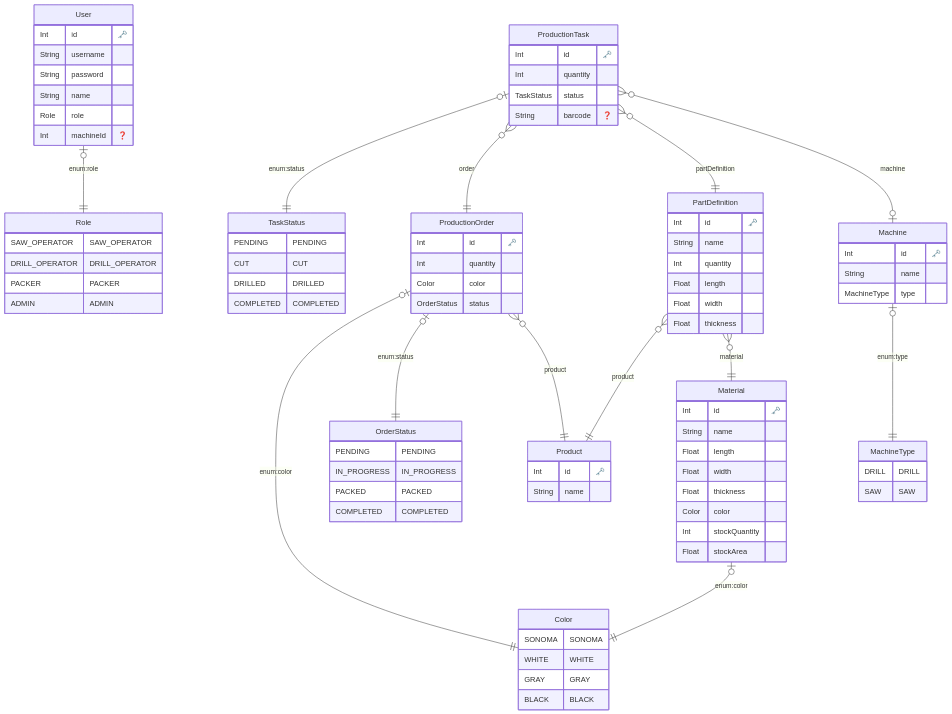
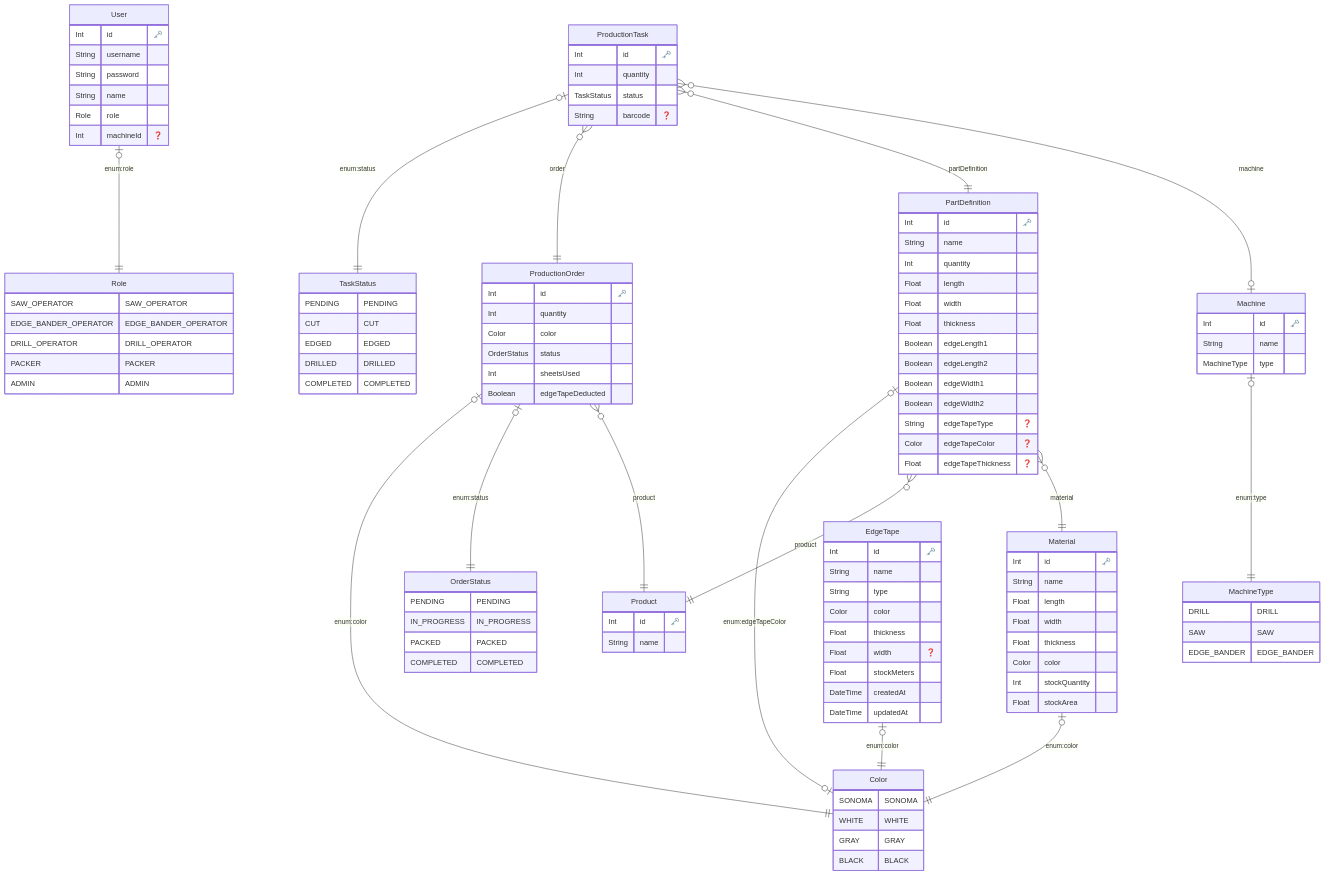
One commit to sdmati/carpenterERP changed the diagram in prisma/ERD.md. Above: the diagram before and after it, drawn with Mermaid. The commit also changed 43 other files, not shown here.

Commit message:
feat(tasks,edge-tapes,materials): add material consumption, edge tape stock management, drilling/packing parity, and batch status processing

```diff
--- a/prisma/ERD.md
+++ b/prisma/ERD.md
@@ -13,6 +13,7 @@
         TaskStatus {
             PENDING PENDING
 CUT CUT
+EDGED EDGED
 DRILLED DRILLED
 COMPLETED COMPLETED
         }
@@ -30,6 +31,7 @@
 
         Role {
             SAW_OPERATOR SAW_OPERATOR
+EDGE_BANDER_OPERATOR EDGE_BANDER_OPERATOR
 DRILL_OPERATOR DRILL_OPERATOR
 PACKER PACKER
 ADMIN ADMIN
@@ -40,6 +42,7 @@
         MachineType {
             DRILL DRILL
 SAW SAW
+EDGE_BANDER EDGE_BANDER
         }
     
   "Material" {
@@ -67,6 +70,13 @@
     Float length 
     Float width 
     Float thickness 
+    Boolean edgeLength1 
+    Boolean edgeLength2 
+    Boolean edgeWidth1 
+    Boolean edgeWidth2 
+    String edgeTapeType "❓"
+    Color edgeTapeColor "❓"
+    Float edgeTapeThickness "❓"
     }
   
 
@@ -82,6 +92,21 @@
     Int quantity 
     Color color 
     OrderStatus status 
+    Int sheetsUsed 
+    Boolean edgeTapeDeducted 
+    }
+  
+
+  "EdgeTape" {
+    Int id "🗝️"
+    String name 
+    String type 
+    Color color 
+    Float thickness 
+    Float width "❓"
+    Float stockMeters 
+    DateTime createdAt 
+    DateTime updatedAt 
     }
   
 
@@ -103,12 +128,14 @@
     }
   
     "Material" |o--|| "Color" : "enum:color"
+    "PartDefinition" |o--|o "Color" : "enum:edgeTapeColor"
     "PartDefinition" }o--|| "Product" : "product"
     "PartDefinition" }o--|| "Material" : "material"
     "Machine" |o--|| "MachineType" : "enum:type"
     "ProductionOrder" |o--|| "Color" : "enum:color"
     "ProductionOrder" |o--|| "OrderStatus" : "enum:status"
     "ProductionOrder" }o--|| "Product" : "product"
+    "EdgeTape" |o--|| "Color" : "enum:color"
     "ProductionTask" |o--|| "TaskStatus" : "enum:status"
     "ProductionTask" }o--|| "ProductionOrder" : "order"
     "ProductionTask" }o--|| "PartDefinition" : "partDefinition"
```
